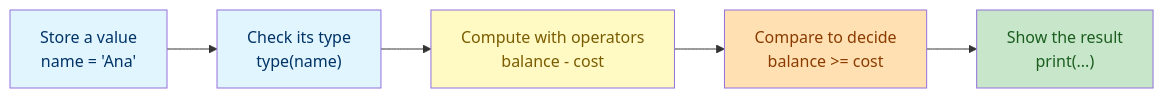
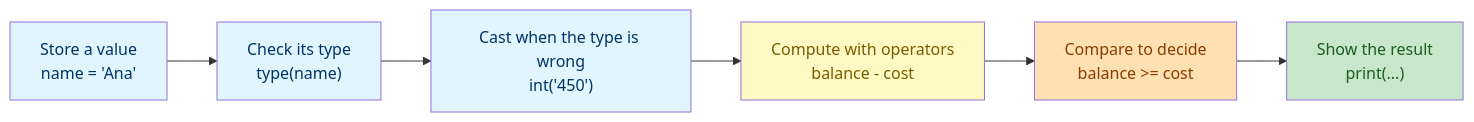
One commit to CogKnowEdge-Solutions/Python changed the second of 2 diagrams in Beginner/Lab1/lab-variables-data-types-operators.md. Above: the diagram before and after it, drawn with Mermaid. The commit also changed other lines of this file and 39 other files, not shown here.

````diff
--- a/Beginner/Lab1/lab-variables-data-types-operators.md
+++ b/Beginner/Lab1/lab-variables-data-types-operators.md
@@ -72,19 +133,22 @@
 ```mermaid
 graph LR
     V["Store a value<br/>name = 'Ana'"]
     T["Check its type<br/>type(name)"]
-    C["Compute with operators<br/>balance - cost"]
+    C["Cast when the type is wrong<br/>int('450')"]
+    A["Compute with operators<br/>balance - cost"]
     B["Compare to decide<br/>balance >= cost"]
     O["Show the result<br/>print(...)"]
 
     V --> T
     T --> C
-    C --> B
+    C --> A
+    A --> B
     B --> O
 
     style V fill:#e1f5ff,color:#003366
     style T fill:#e1f5ff,color:#003366
-    style C fill:#fff9c4,color:#7a5c00
+    style C fill:#e1f5ff,color:#003366
+    style A fill:#fff9c4,color:#7a5c00
     style B fill:#ffe0b2,color:#8a3b00
     style O fill:#c8e6c9,color:#1b5e20
 ```
````
